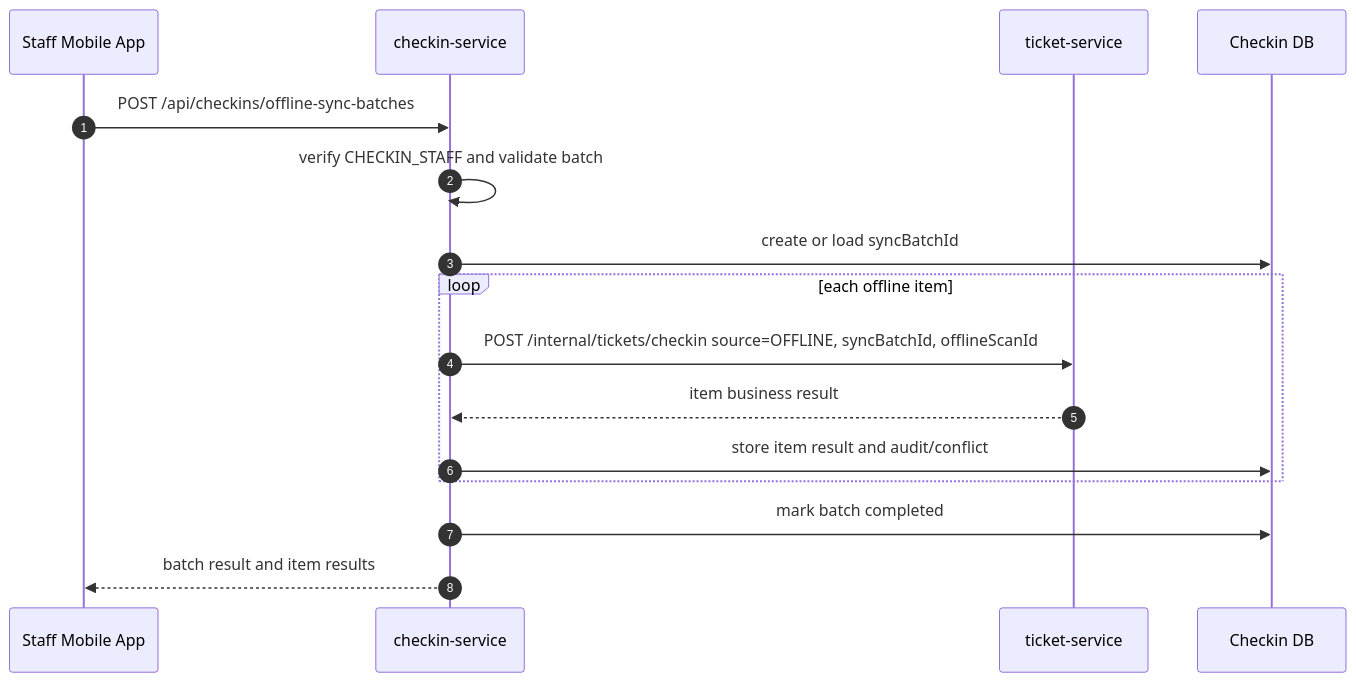
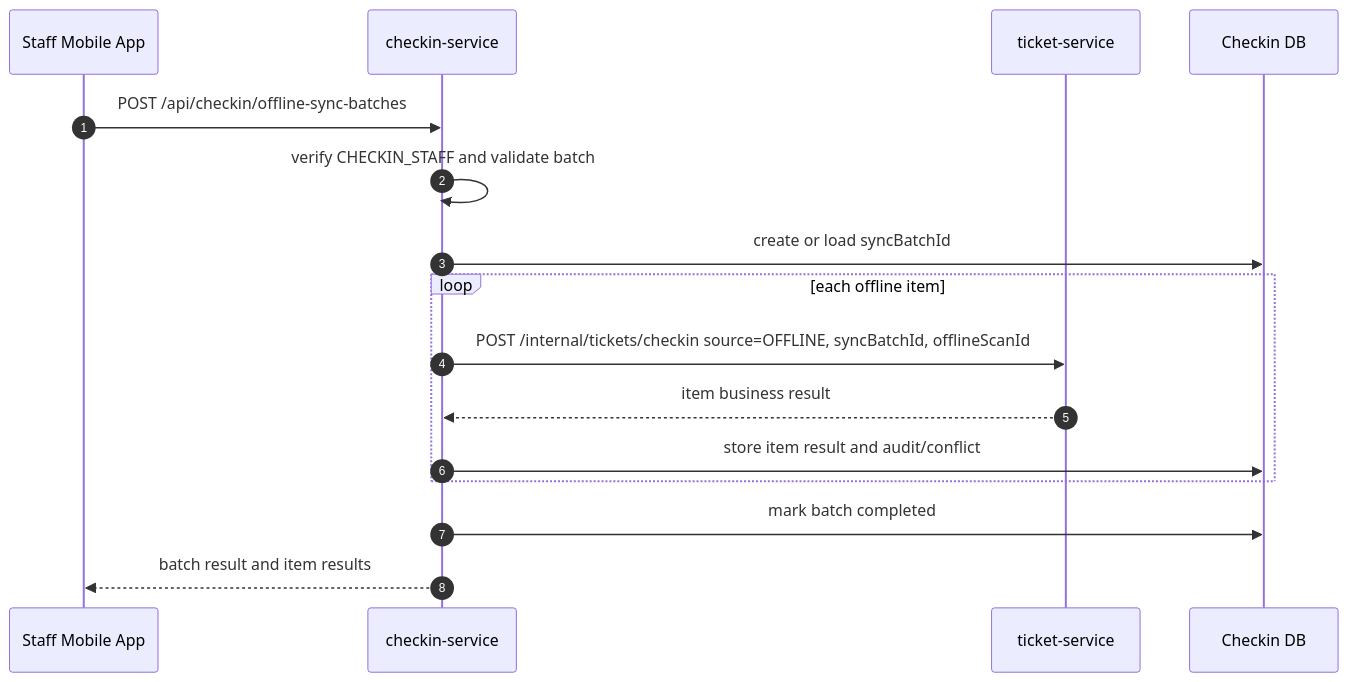
One commit to software-design-138gogo/tickefy-backend changed the third of 5 diagrams in docs/contracts/flows/offline-checkin-sync-flow.md. Above: the diagram before and after it, drawn with Mermaid. The commit also changed other lines of this file and 3 other files, not shown here.

Commit message:
docs: Standardize checkin API paths and port

````diff
--- a/docs/contracts/flows/offline-checkin-sync-flow.md
+++ b/docs/contracts/flows/offline-checkin-sync-flow.md
@@ -112,19 +112,19 @@
 ```mermaid
 sequenceDiagram
     autonumber
     participant Mobile as Staff Mobile App
     participant Checkin as checkin-service
     participant Ticket as ticket-service
     participant CheckinDB as Checkin DB
 
-    Mobile->>Checkin: POST /api/checkins/offline-sync-batches
+    Mobile->>Checkin: POST /api/checkin/offline-sync-batches
     Checkin->>Checkin: verify CHECKIN_STAFF and validate batch
     Checkin->>CheckinDB: create or load syncBatchId
     loop each offline item
         Checkin->>Ticket: POST /internal/tickets/checkin source=OFFLINE, syncBatchId, offlineScanId
         Ticket-->>Checkin: item business result
         Checkin->>CheckinDB: store item result and audit/conflict
     end
     Checkin->>CheckinDB: mark batch completed
     Checkin-->>Mobile: batch result and item results
 ```
````
